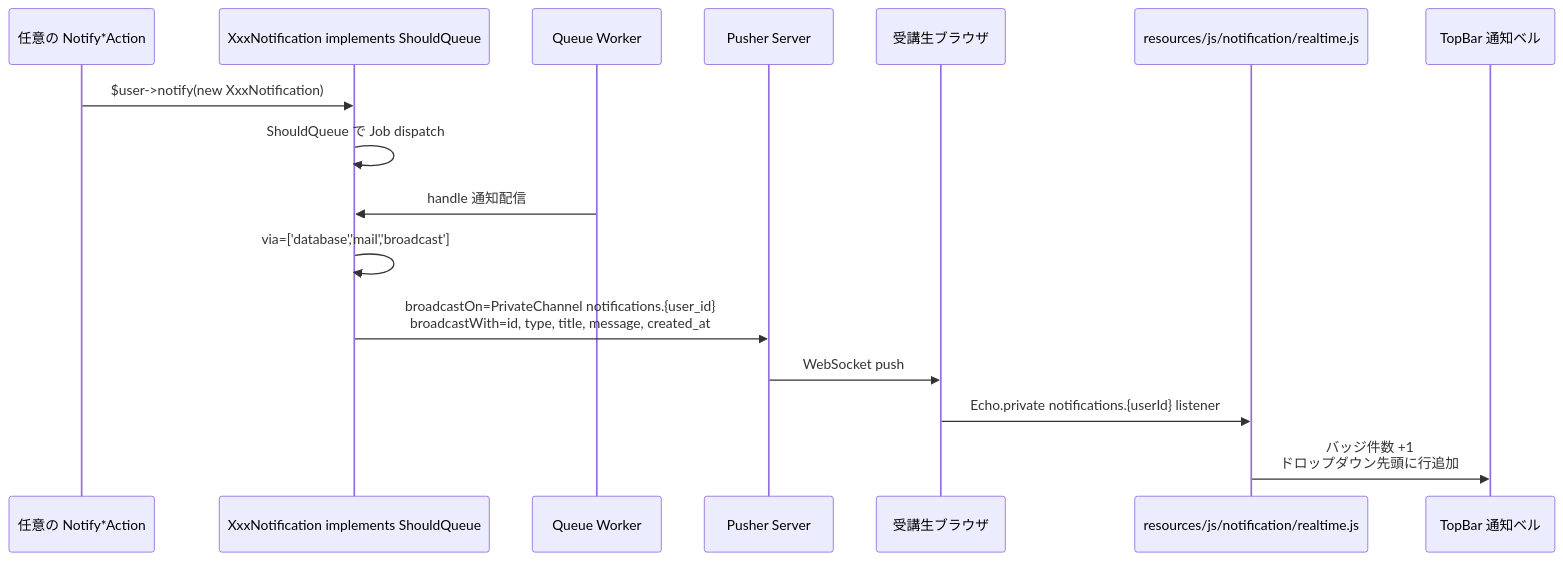
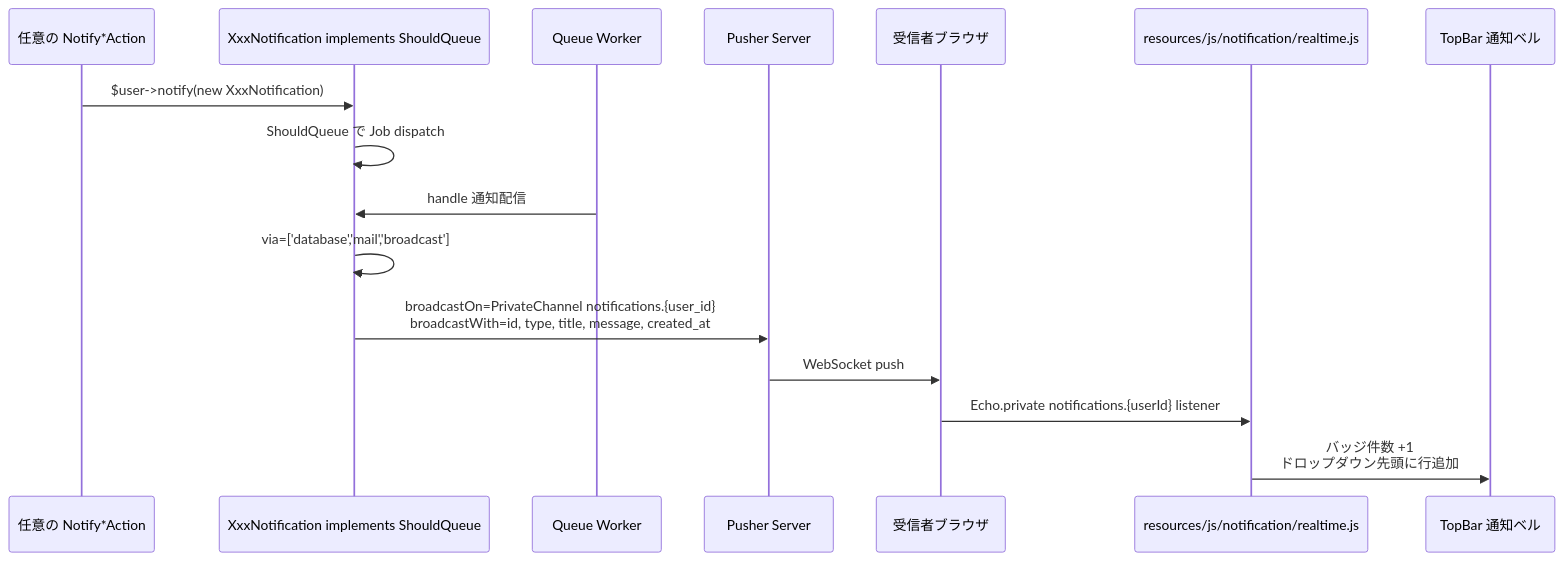
One commit to coachtech-mockcase-second/ExampleAnswer-mockcase-CertifyLMS changed the tenth of 12 diagrams in docs/specs/notification/design.md. Above: the diagram before and after it, drawn with Mermaid. The commit also changed other lines of this file and 17 other files, not shown here.

````diff
--- a/docs/specs/notification/design.md
+++ b/docs/specs/notification/design.md
@@ -259,19 +299,19 @@
 ```mermaid
 sequenceDiagram
     participant Sender as 任意の Notify*Action
     participant NClass as XxxNotification implements ShouldQueue
     participant Worker as Queue Worker
     participant Pusher as Pusher Server
-    participant Browser as 受講生ブラウザ
+    participant Browser as 受信者ブラウザ
     participant JS as resources/js/notification/realtime.js
     participant Bell as TopBar 通知ベル
 
     Sender->>NClass: $user->notify(new XxxNotification)
     NClass->>NClass: ShouldQueue で Job dispatch
     Worker->>NClass: handle 通知配信
     NClass->>NClass: via=['database','mail','broadcast']
     NClass->>Pusher: broadcastOn=PrivateChannel notifications.{user_id}<br/>broadcastWith=id, type, title, message, created_at
     Pusher->>Browser: WebSocket push
     Browser->>JS: Echo.private notifications.{userId} listener
     JS->>Bell: バッジ件数 +1<br/>ドロップダウン先頭に行追加
 ```
````
